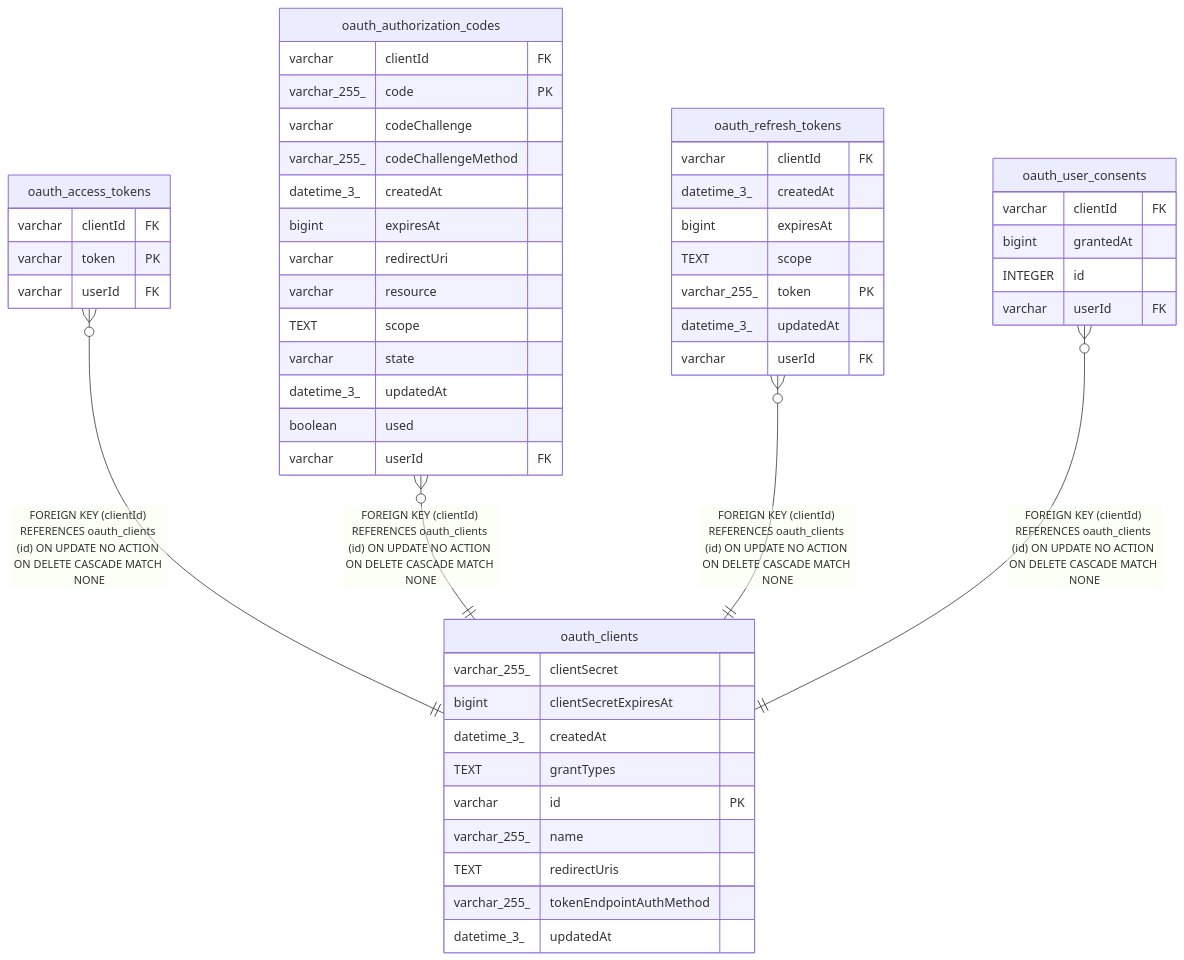
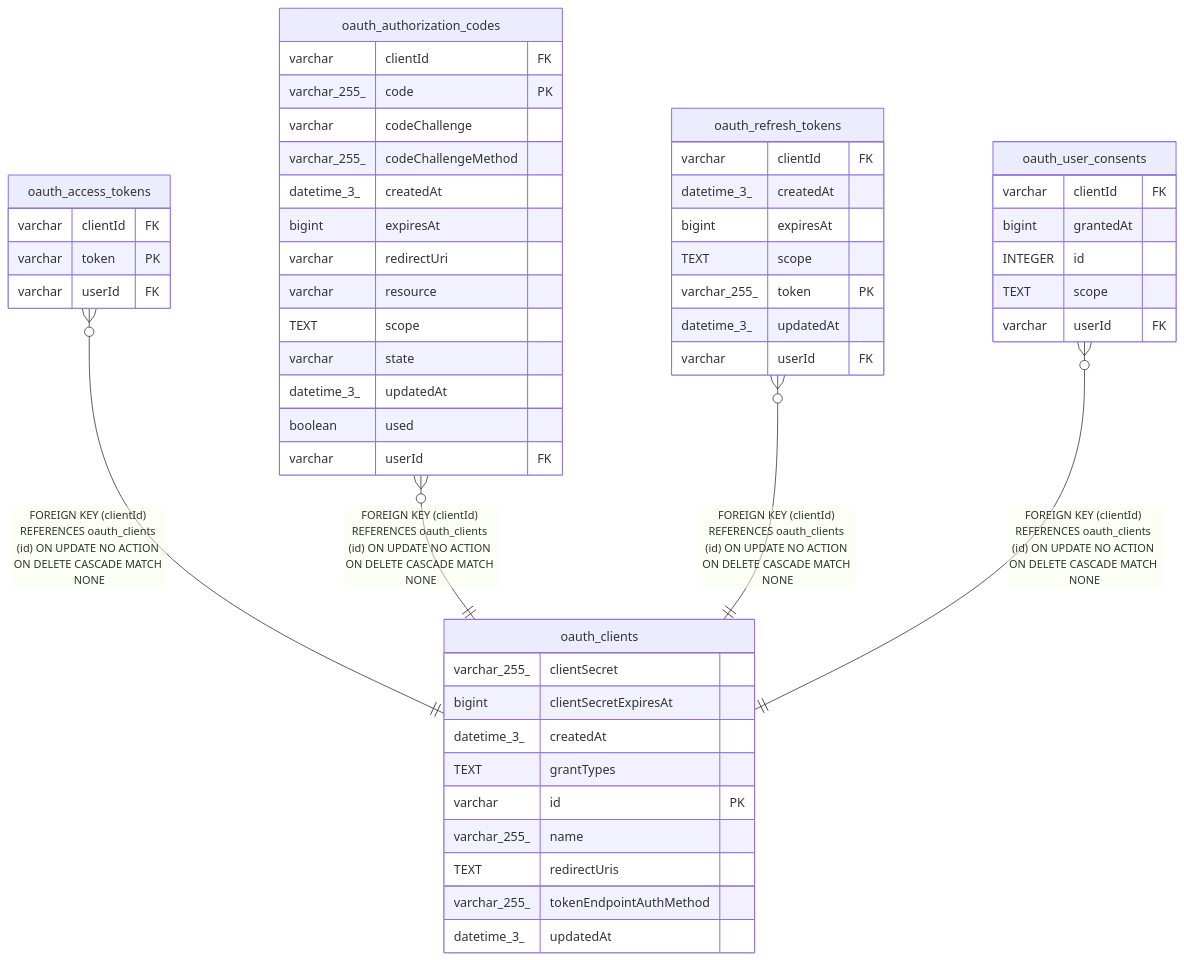
One commit to ggrace519/n8n changed the diagram in docs/generated/sqlite-schema/oauth_clients.md. Above: the diagram before and after it, drawn with Mermaid. The commit also changed 56 other files, not shown here.

````diff
--- a/docs/generated/sqlite-schema/oauth_clients.md
+++ b/docs/generated/sqlite-schema/oauth_clients.md
@@ -43,55 +43,56 @@
 ```mermaid
 erDiagram
 
 "oauth_access_tokens" }o--|| "oauth_clients" : "FOREIGN KEY (clientId) REFERENCES oauth_clients (id) ON UPDATE NO ACTION ON DELETE CASCADE MATCH NONE"
 "oauth_authorization_codes" }o--|| "oauth_clients" : "FOREIGN KEY (clientId) REFERENCES oauth_clients (id) ON UPDATE NO ACTION ON DELETE CASCADE MATCH NONE"
 "oauth_refresh_tokens" }o--|| "oauth_clients" : "FOREIGN KEY (clientId) REFERENCES oauth_clients (id) ON UPDATE NO ACTION ON DELETE CASCADE MATCH NONE"
 "oauth_user_consents" }o--|| "oauth_clients" : "FOREIGN KEY (clientId) REFERENCES oauth_clients (id) ON UPDATE NO ACTION ON DELETE CASCADE MATCH NONE"
 
 "oauth_clients" {
   varchar_255_ clientSecret
   bigint clientSecretExpiresAt
   datetime_3_ createdAt
   TEXT grantTypes
   varchar id PK
   varchar_255_ name
   TEXT redirectUris
   varchar_255_ tokenEndpointAuthMethod
   datetime_3_ updatedAt
 }
 "oauth_access_tokens" {
   varchar clientId FK
   varchar token PK
   varchar userId FK
 }
 "oauth_authorization_codes" {
   varchar clientId FK
   varchar_255_ code PK
   varchar codeChallenge
   varchar_255_ codeChallengeMethod
   datetime_3_ createdAt
   bigint expiresAt
   varchar redirectUri
   varchar resource
   TEXT scope
   varchar state
   datetime_3_ updatedAt
   boolean used
   varchar userId FK
 }
 "oauth_refresh_tokens" {
   varchar clientId FK
   datetime_3_ createdAt
   bigint expiresAt
   TEXT scope
   varchar_255_ token PK
   datetime_3_ updatedAt
   varchar userId FK
 }
 "oauth_user_consents" {
   varchar clientId FK
   bigint grantedAt
   INTEGER id
+  TEXT scope
   varchar userId FK
 }
 ```
````
